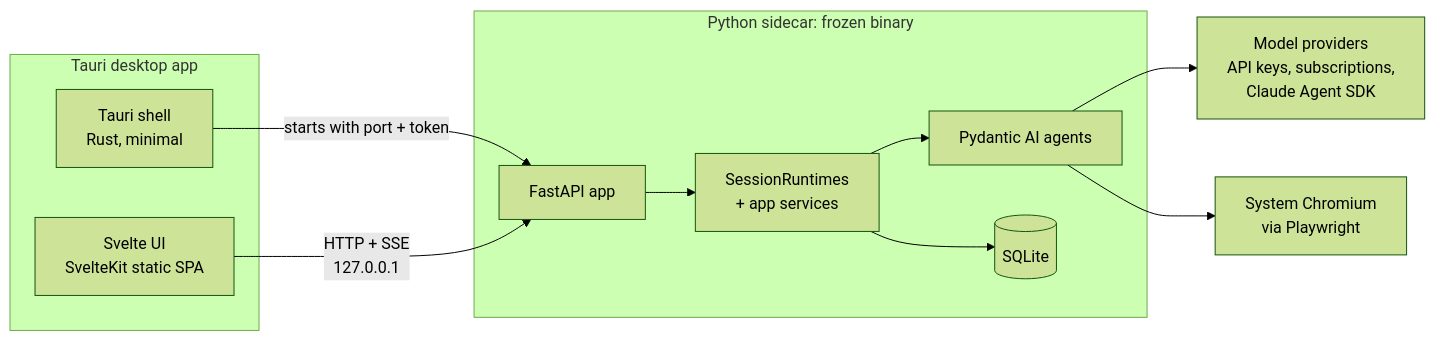
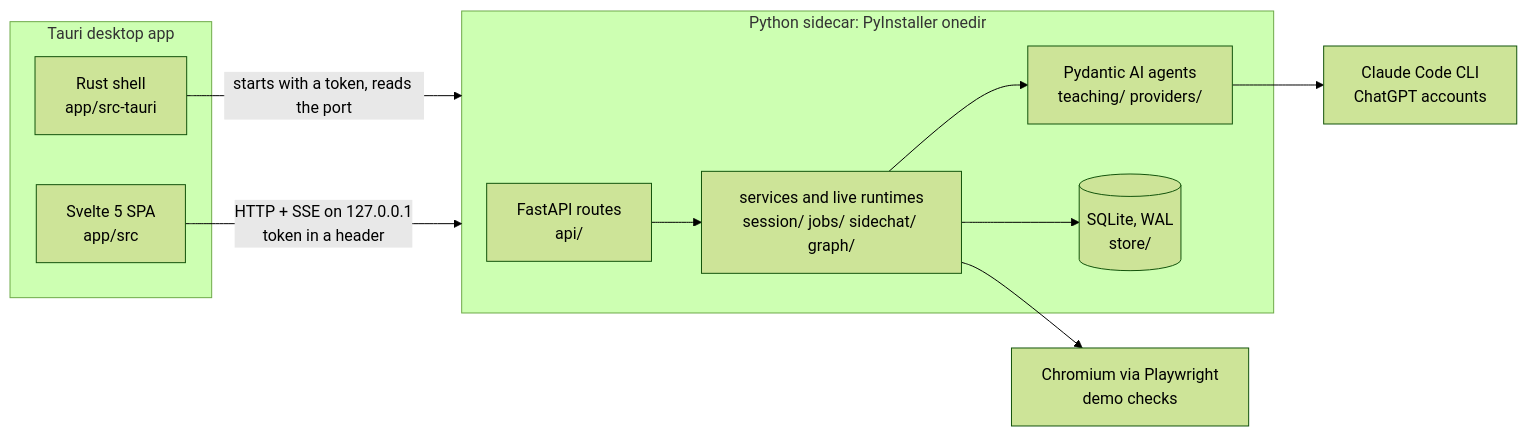
The diagram in docs/architecture.md (KinslyIV/Verstehen), drawn with Mermaid (forest theme) before and after one commit. The commit also changed other lines of this file and 35 other files, not shown here.

````diff
--- a/docs/architecture.md
+++ b/docs/architecture.md
@@ -17,19 +9,19 @@
 ```mermaid
 flowchart LR
-  subgraph Tauri desktop app
-    UI[Svelte UI<br/>SvelteKit static SPA]
-    Shell[Tauri shell<br/>Rust, minimal]
+  subgraph Desktop[Tauri desktop app]
+    UI[Svelte 5 SPA<br/>app/src]
+    Shell[Rust shell<br/>app/src-tauri]
   end
-  Shell -- starts with port + token --> Server
-  UI -- HTTP + SSE<br/>127.0.0.1 --> Server
-  subgraph Sidecar[Python sidecar: frozen binary]
-    Server[FastAPI app]
-    Runtime[SessionRuntimes<br/>+ app services]
-    Agents[Pydantic AI agents]
-    Store[(SQLite)]
+  Shell -- starts with a token, reads the port --> Sidecar
+  UI -- HTTP + SSE on 127.0.0.1<br/>token in a header --> Sidecar
+  subgraph Sidecar[Python sidecar: PyInstaller onedir]
+    API[FastAPI routes<br/>api/]
+    Services[services and live runtimes<br/>session/ jobs/ sidechat/ graph/]
+    Agents[Pydantic AI agents<br/>teaching/ providers/]
+    Store[(SQLite, WAL<br/>store/)]
   end
-  Server --> Runtime --> Agents
-  Runtime --> Store
-  Agents --> Providers[Model providers<br/>API keys, subscriptions,<br/>Claude Agent SDK]
-  Agents --> Chrome[System Chromium<br/>via Playwright]
+  API --> Services --> Agents
+  Services --> Store
+  Agents --> Models[Claude Code CLI<br/>ChatGPT accounts]
+  Services --> Browser[Chromium via Playwright<br/>demo checks]
 ```
````
